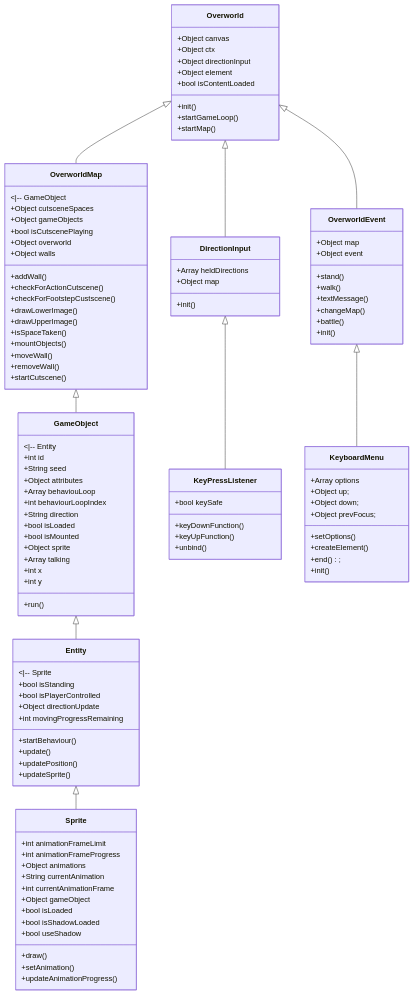
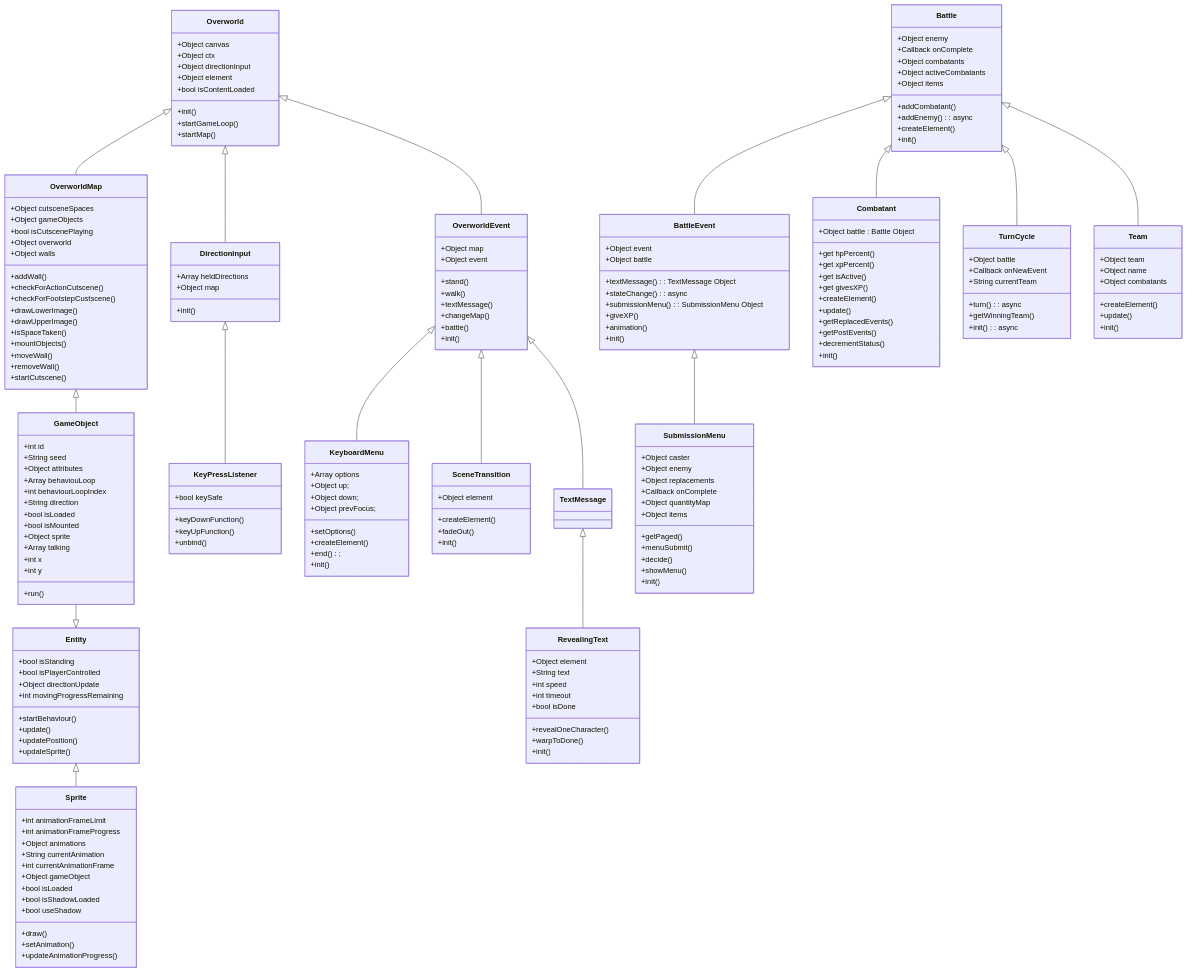
Before and after one commit to ITsPorky/land-of-zenethians-2d-rpg: the diagram in README.md, drawn with Mermaid.

Commit message:
Updated UML Diagram

````diff
--- a/README.md
+++ b/README.md
@@ -31,10 +31,18 @@
       Overworld <|-- DirectionInput
       Overworld <|-- OverworldEvent
       OverworldMap <|-- GameObject
-      GameObject <|-- Entity
+      GameObject --|> Entity
       Entity <|-- Sprite
       DirectionInput <|-- KeyPressListener
       OverworldEvent <|-- KeyboardMenu
+      OverworldEvent <|-- SceneTransition
+      OverworldEvent <|-- TextMessage
+      Battle <|-- BattleEvent
+      Battle <|-- Combatant
+      Battle <|-- TurnCycle
+      Battle <|-- Team
+      BattleEvent <|-- SubmissionMenu
+      TextMessage <|-- RevealingText
       Overworld : +Object canvas
       Overworld : +Object ctx
       Overworld : +Object directionInput
@@ -44,7 +52,6 @@
       Overworld: +startGameLoop()
       Overworld: +startMap()
       class OverworldMap{
-          <|-- GameObject
           +Object cutsceneSpaces
           +Object gameObjects
           +bool isCutscenePlaying
@@ -77,7 +84,6 @@
           +init()
       }
       class GameObject{
-          <|-- Entity
           +int id
           +String seed
           +Object attributes
@@ -93,7 +99,6 @@
           +run()
       }
       class Entity{
-          <|-- Sprite
           +bool isStanding
           +bool isPlayerControlled
           +Object directionUpdate
@@ -133,4 +138,83 @@
           +keyUpFunction()
           +unbind()
       }
+      class Battle{
+          +Object enemy
+          +Callback onComplete
+          +Object combatants
+          +Object activeCombatants
+          +Object items
+          +addCombatant()
+          +addEnemy() : async
+          +createElement()
+          +init()
+      }
+      class BattleEvent{
+          +Object event
+          +Object battle
+          +textMessage() : TextMessage Object
+          +stateChange() : async
+          +submissionMenu() : SubmissionMenu Object
+          +giveXP()
+          +animation()
+          +init()
+      }
+      class Combatant{
+          +Object battle : Battle Object
+          +get hpPercent()
+          +get xpPercent()
+          +get isActive()
+          +get givesXP()
+          +createElement()
+          +update()
+          +getReplacedEvents()
+          +getPostEvents()
+          +decrementStatus()
+          +init()
+      }
+      class SubmissionMenu{
+          +Object caster
+          +Object enemy
+          +Object replacements
+          +Callback onComplete
+          +Object quantityMap
+          +Object items
+          +getPaged()
+          +menuSubmit()
+          +decide()
+          +showMenu()
+          +init()
+      }
+      class TurnCycle{
+        +Object battle
+        +Callback onNewEvent
+        +String currentTeam
+        +turn() : async
+        +getWinningTeam()
+        +init() : async
+      }
+      class Team{
+        +Object team
+        +Object name
+        +Object combatants
+        +createElement()
+        +update()
+        +init()
+      }
+      class RevealingText{
+        +Object element
+        +String text
+        +int speed
+        +int timeout
+        +bool isDone
+        +revealOneCharacter()
+        +warpToDone()
+        +init()
+      }
+      class SceneTransition{
+        +Object element
+        +createElement()
+        +fadeOut()
+        +init()
+      }
 ```
````
